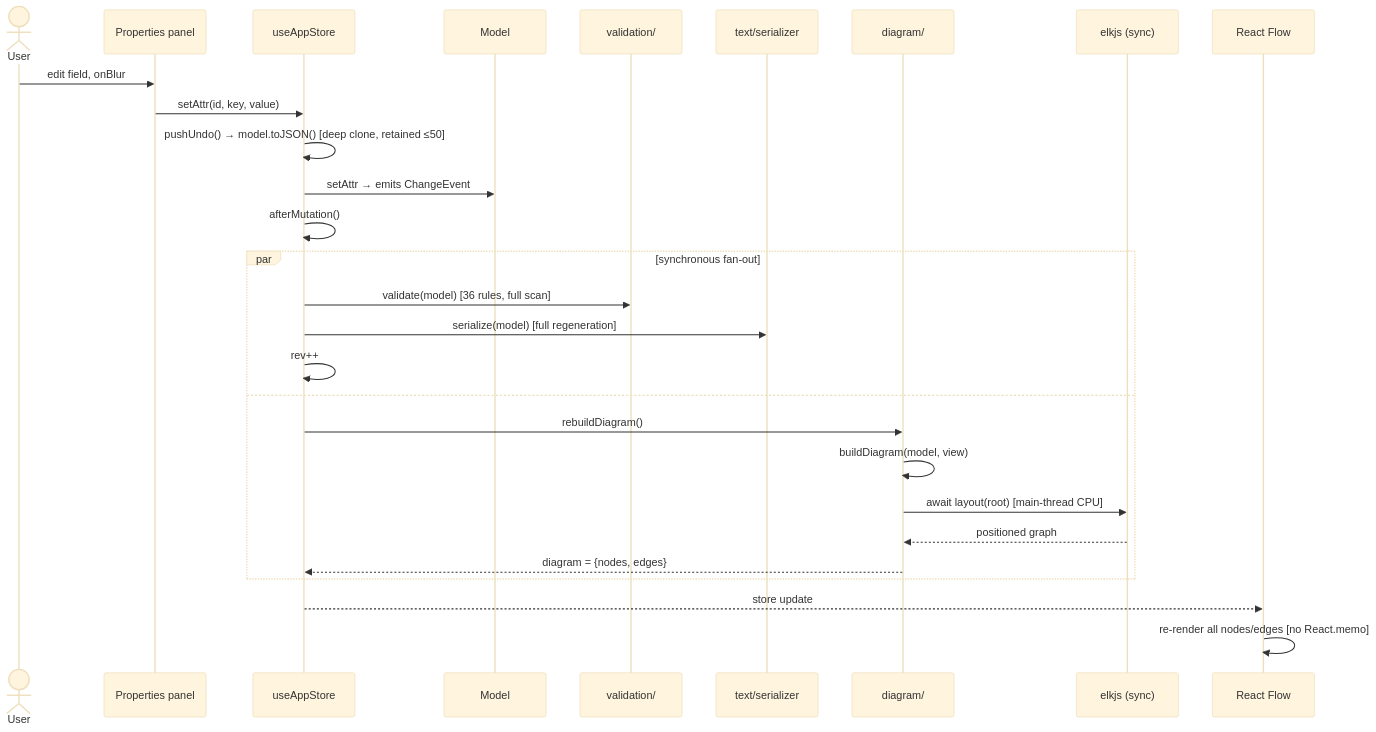
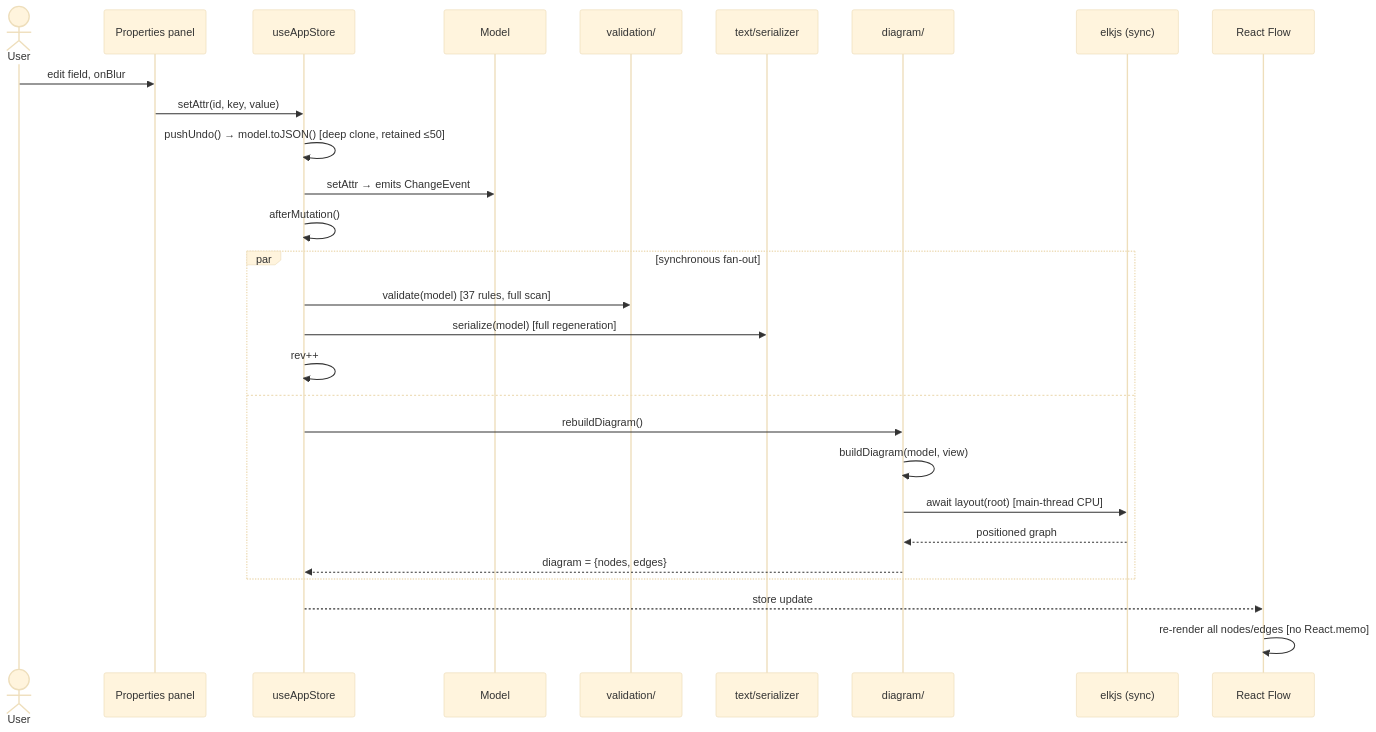
Before and after one commit to cosmindxu/sysprose: the second of 8 diagrams in docs/architecture/06-sequence-diagrams.md, drawn with Mermaid (base theme). The commit also changed 13 other files, not shown here.

````diff
--- a/docs/architecture/06-sequence-diagrams.md
+++ b/docs/architecture/06-sequence-diagrams.md
@@ -30,31 +30,31 @@
 ```mermaid
 sequenceDiagram
     actor U as User
     participant P as Properties panel
     participant S as useAppStore
     participant M as Model
     participant V as validation/
     participant T as text/serializer
     participant D as diagram/
     participant ELK as elkjs (sync)
     participant RF as React Flow
 
     U->>P: edit field, onBlur
     P->>S: setAttr(id, key, value)
     S->>S: pushUndo() → model.toJSON() [deep clone, retained ≤50]
     S->>M: setAttr → emits ChangeEvent
     S->>S: afterMutation()
     par synchronous fan-out
-        S->>V: validate(model) [36 rules, full scan]
+        S->>V: validate(model) [37 rules, full scan]
         S->>T: serialize(model) [full regeneration]
         S->>S: rev++
     and
         S->>D: rebuildDiagram()
         D->>D: buildDiagram(model, view)
         D->>ELK: await layout(root) [main-thread CPU]
         ELK-->>D: positioned graph
         D-->>S: diagram = {nodes, edges}
     end
     S-->>RF: store update
     RF->>RF: re-render all nodes/edges [no React.memo]
 ```
````
